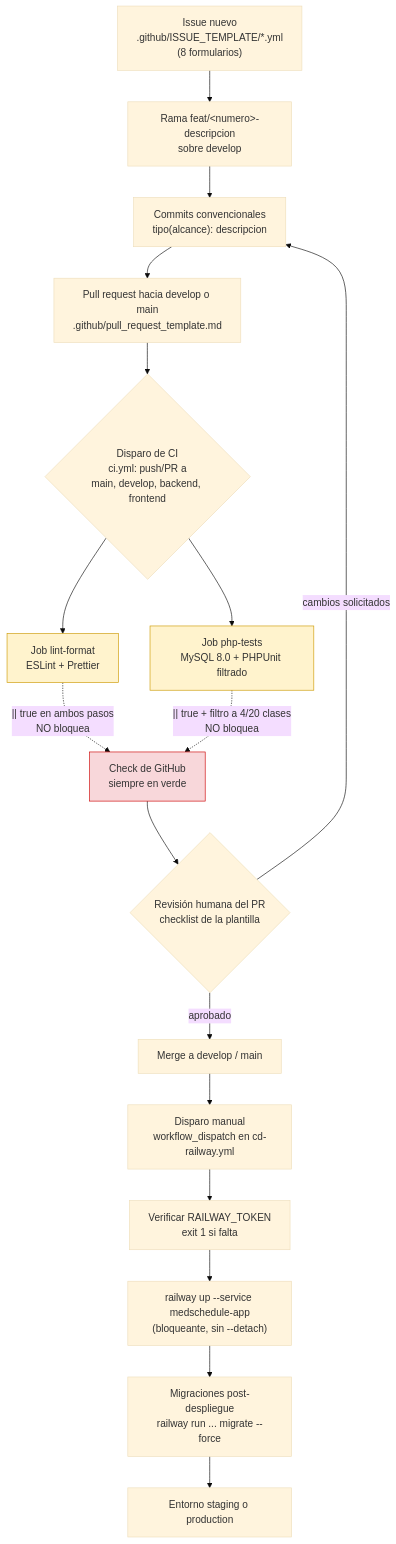
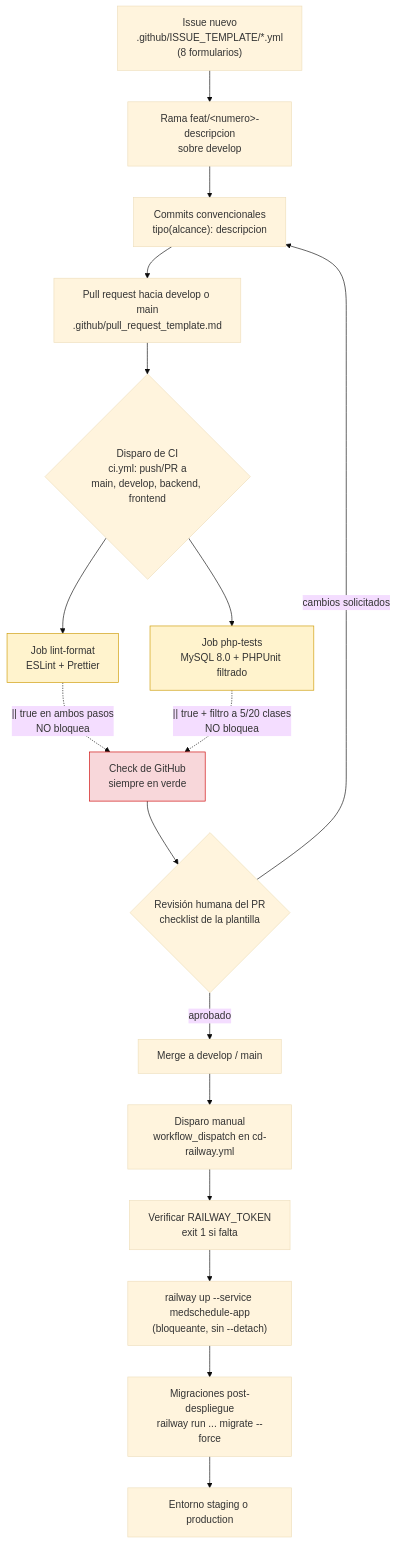
The second of 2 diagrams in docs/entrega/04-flujo-cicd.md (JoseOrtega8/MedSchedule-), drawn with Mermaid (base theme) before and after one commit. The commit also changed other lines of this file and 2 other files, not shown here.

Commit message:
docs(cicd): corregir cifras del filtro de pruebas, entrypoints de Vite y línea de rutas

````diff
--- a/docs/entrega/04-flujo-cicd.md
+++ b/docs/entrega/04-flujo-cicd.md
@@ -369,23 +377,23 @@
 ```mermaid
 flowchart TD
     A["Issue nuevo\n.github/ISSUE_TEMPLATE/*.yml\n(8 formularios)"] --> B["Rama feat/&lt;numero&gt;-descripcion\nsobre develop"]
     B --> C["Commits convencionales\ntipo(alcance): descripcion"]
     C --> D["Pull request hacia develop o main\n.github/pull_request_template.md"]
     D --> E{"Disparo de CI\nci.yml: push/PR a\nmain, develop, backend, frontend"}
     E --> F["Job lint-format\nESLint + Prettier"]
     E --> G["Job php-tests\nMySQL 8.0 + PHPUnit filtrado"]
     F -.->|"|| true en ambos pasos\nNO bloquea"| H["Check de GitHub\nsiempre en verde"]
-    G -.->|"|| true + filtro a 4/20 clases\nNO bloquea"| H
+    G -.->|"|| true + filtro a 5/20 clases\nNO bloquea"| H
     H --> I{"Revisión humana del PR\nchecklist de la plantilla"}
     I -->|aprobado| J["Merge a develop / main"]
     I -->|cambios solicitados| C
     J --> K["Disparo manual\nworkflow_dispatch en cd-railway.yml"]
     K --> L["Verificar RAILWAY_TOKEN\nexit 1 si falta"]
     L --> M["railway up --service medschedule-app\n(bloqueante, sin --detach)"]
     M --> N["Migraciones post-despliegue\nrailway run ... migrate --force"]
     N --> O["Entorno staging o production"]
 
     style H fill:#f8d7da,stroke:#c00
     style F fill:#fff3cd,stroke:#c90
     style G fill:#fff3cd,stroke:#c90
 ```
````
